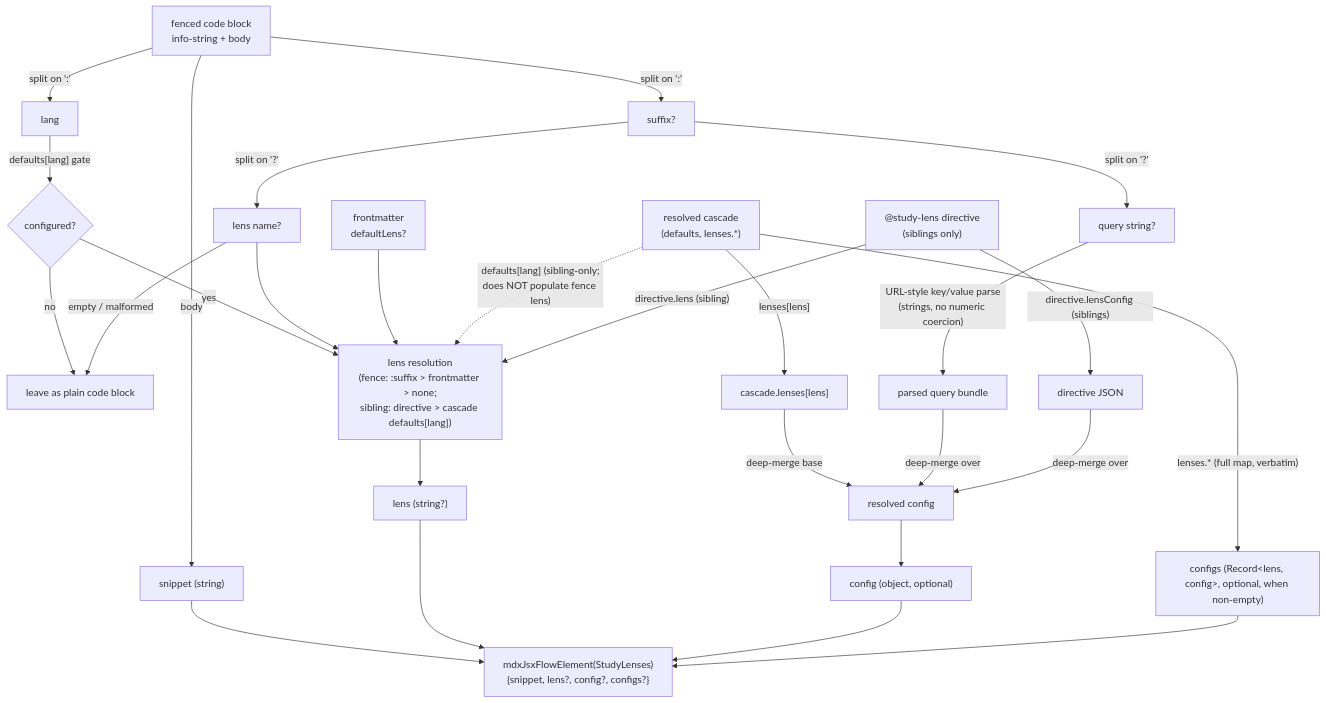
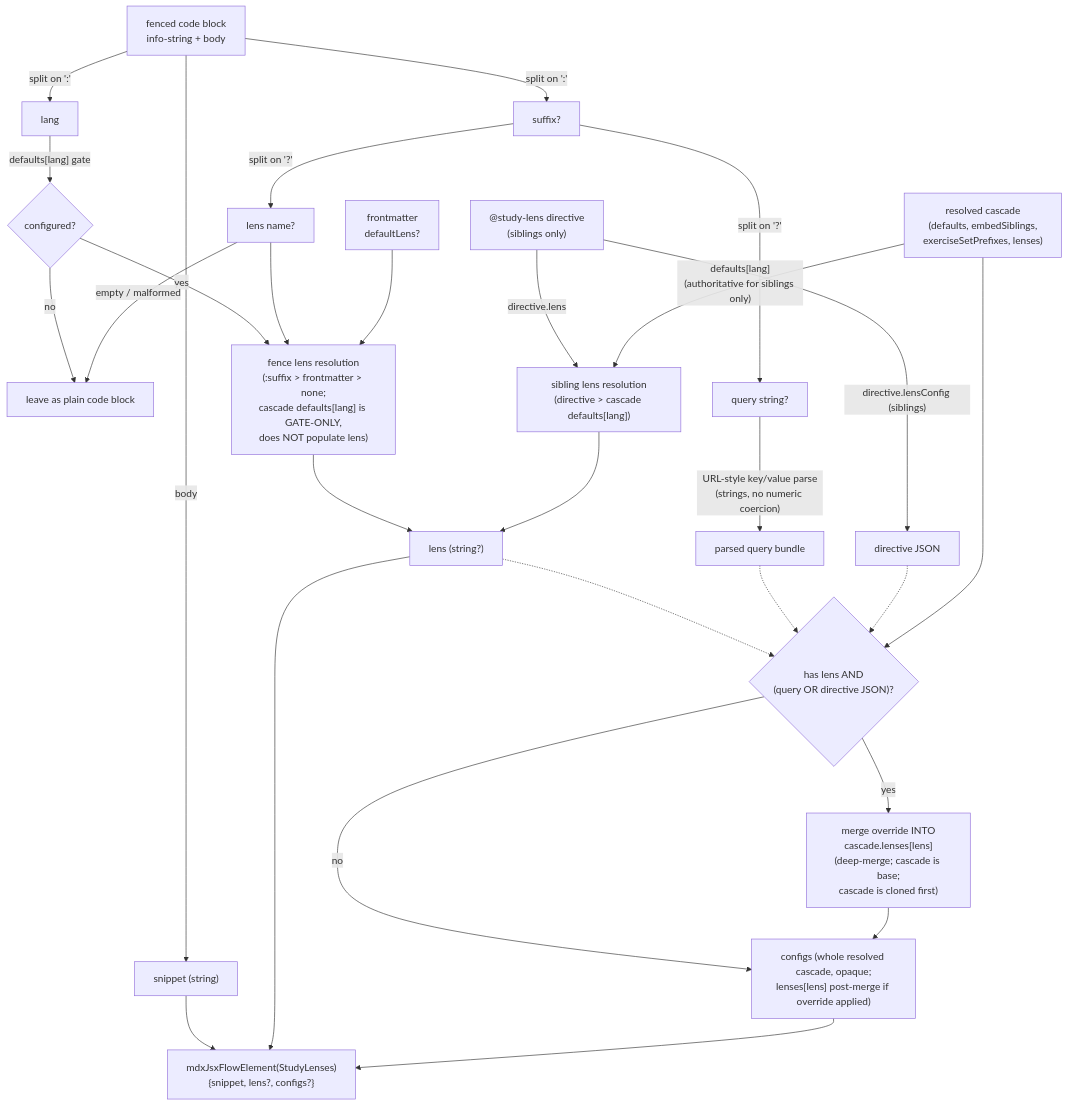
One commit to codeschoolinabox/curricula changed the diagram in src/plugins/study-lenses/DOCS.md. Above: the diagram before and after it, drawn with Mermaid. The commit also changed other lines of this file and 13 other files, not shown here.

First line of the commit message:
refactor: 3-prop emission contract — configs absorbs config (B re-shape)

````diff
--- a/src/plugins/study-lenses/DOCS.md
+++ b/src/plugins/study-lenses/DOCS.md
@@ -95,40 +93,43 @@
 ```mermaid
 flowchart TD
     Fence["fenced code block<br/>info-string + body"]
     Frontmatter["frontmatter<br/>defaultLens?"]
-    Cascade["resolved cascade<br/>(defaults, lenses.*)"]
+    Cascade["resolved cascade<br/>(defaults, embedSiblings,<br/>exerciseSetPrefixes, lenses)"]
     Directive["@study-lens directive<br/>(siblings only)"]
 
     Fence -->|"split on ':'"| Lang["lang"]
     Fence -->|"split on ':'"| Suffix["suffix?"]
     Fence -->|"body"| Snippet["snippet (string)"]
 
     Lang -->|"defaults[lang] gate"| Configured{"configured?"}
     Configured -->|"no"| Untransformed["leave as plain code block"]
-    Configured -->|"yes"| LensResolution
+    Configured -->|"yes"| FenceLensResolution
 
     Suffix -->|"split on '?'"| LensName["lens name?"]
     Suffix -->|"split on '?'"| Query["query string?"]
 
     LensName -->|"empty / malformed"| Untransformed
-    LensName --> LensResolution["lens resolution<br/>(fence: :suffix > frontmatter > none;<br/>sibling: directive > cascade defaults[lang])"]
-    Frontmatter --> LensResolution
-    Cascade -.->|"defaults[lang] (sibling-only;<br/>does NOT populate fence lens)"| LensResolution
-    Directive -->|"directive.lens (sibling)"| LensResolution
-    LensResolution --> LensProp["lens (string?)"]
+    LensName --> FenceLensResolution["fence lens resolution<br/>(:suffix > frontmatter > none;<br/>cascade defaults[lang] is GATE-ONLY,<br/>does NOT populate lens)"]
+    Frontmatter --> FenceLensResolution
+    FenceLensResolution --> LensProp["lens (string?)"]
+
+    Directive -->|"directive.lens"| SiblingLensResolution["sibling lens resolution<br/>(directive > cascade defaults[lang])"]
+    Cascade -->|"defaults[lang]<br/>(authoritative for siblings only)"| SiblingLensResolution
+    SiblingLensResolution --> LensProp
 
     Query -->|"URL-style key/value parse<br/>(strings, no numeric coercion)"| ParsedQuery["parsed query bundle"]
     Directive -->|"directive.lensConfig (siblings)"| DirectiveJSON["directive JSON"]
-    Cascade -->|"lenses[lens]"| CascadeLens["cascade.lenses[lens]"]
-    CascadeLens -->|"deep-merge base"| ConfigBase
-    ParsedQuery -->|"deep-merge over"| ConfigBase
-    DirectiveJSON -->|"deep-merge over"| ConfigBase
-    ConfigBase["resolved config"]  --> ConfigProp["config (object, optional)"]
 
-    Cascade -->|"lenses.* (full map, verbatim)"| ConfigsProp["configs (Record&lt;lens, config&gt;, optional, when non-empty)"]
+    HasOverride{"has lens AND<br/>(query OR directive JSON)?"}
+    LensProp -.-> HasOverride
+    ParsedQuery -.-> HasOverride
+    DirectiveJSON -.-> HasOverride
+    Cascade --> HasOverride
+    HasOverride -->|"yes"| MergeStep["merge override INTO<br/>cascade.lenses[lens]<br/>(deep-merge; cascade is base;<br/>cascade is cloned first)"]
+    HasOverride -->|"no"| ConfigsProp
+    MergeStep --> ConfigsProp["configs (whole resolved cascade, opaque;<br/>lenses[lens] post-merge if override applied)"]
 
-    Snippet --> EmittedJSX["mdxJsxFlowElement(StudyLenses)<br/>{snippet, lens?, config?, configs?}"]
+    Snippet --> EmittedJSX["mdxJsxFlowElement(StudyLenses)<br/>{snippet, lens?, configs?}"]
     LensProp --> EmittedJSX
-    ConfigProp --> EmittedJSX
     ConfigsProp --> EmittedJSX
 ```
````
